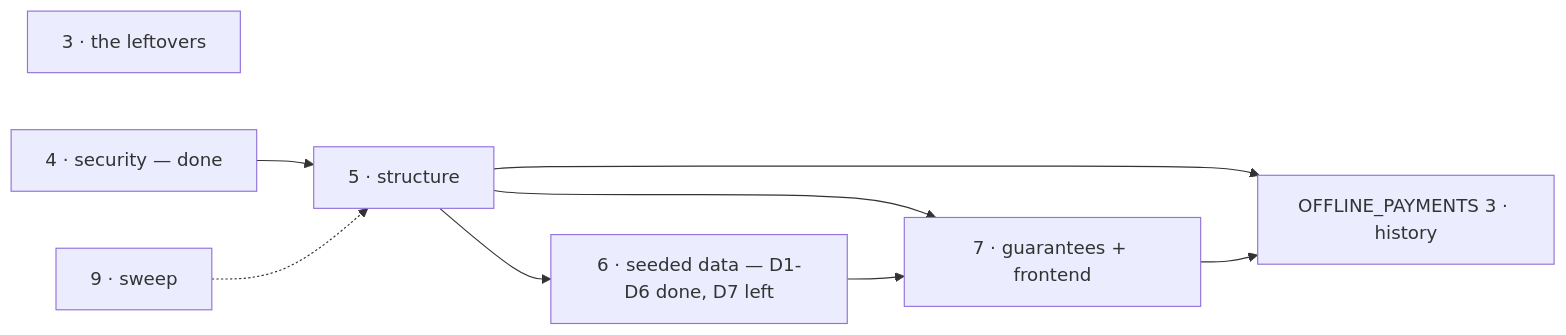
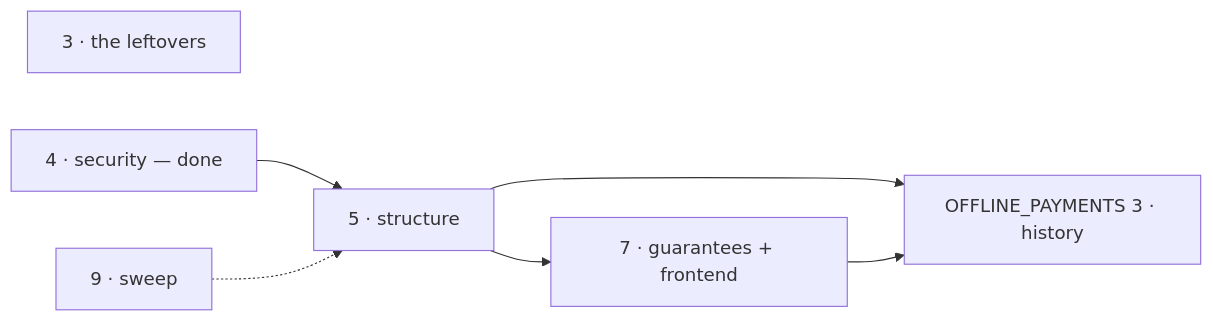
Before and after one commit to Guebbit/boilerplate-node-backend: the diagram in SCENARIOS_NEXT.md, drawn with Mermaid. The commit also changed other lines of this file and 1 other file, not shown here.

First line of the commit message:
docs(scenarios): D7 done, delete plan 6 entirely

````diff
--- a/SCENARIOS_NEXT.md
+++ b/SCENARIOS_NEXT.md
@@ -44,11 +44,9 @@
 ```mermaid
 flowchart LR
     F3["3 · the leftovers"]
     F4["4 · security — done"] --> F5["5 · structure"]
-    F5 --> F6["6 · seeded data — D1-D6 done, D7 left"]
     F5 --> F7["7 · guarantees + frontend"]
-    F6 --> F7
     F5 --> OP3["OFFLINE_PAYMENTS 3 · history"]
     F7 --> OP3
     F9["9 · sweep"] -.-> F5
 ```
````
